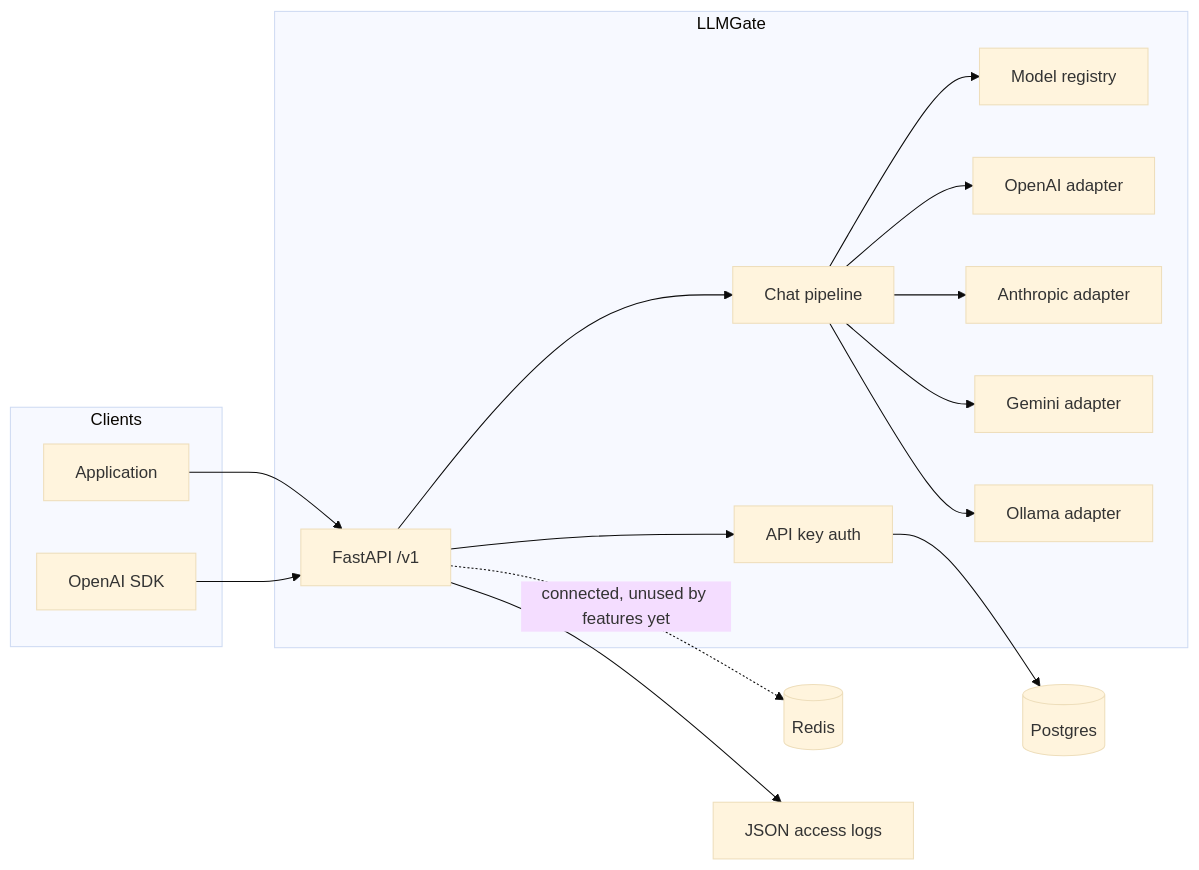
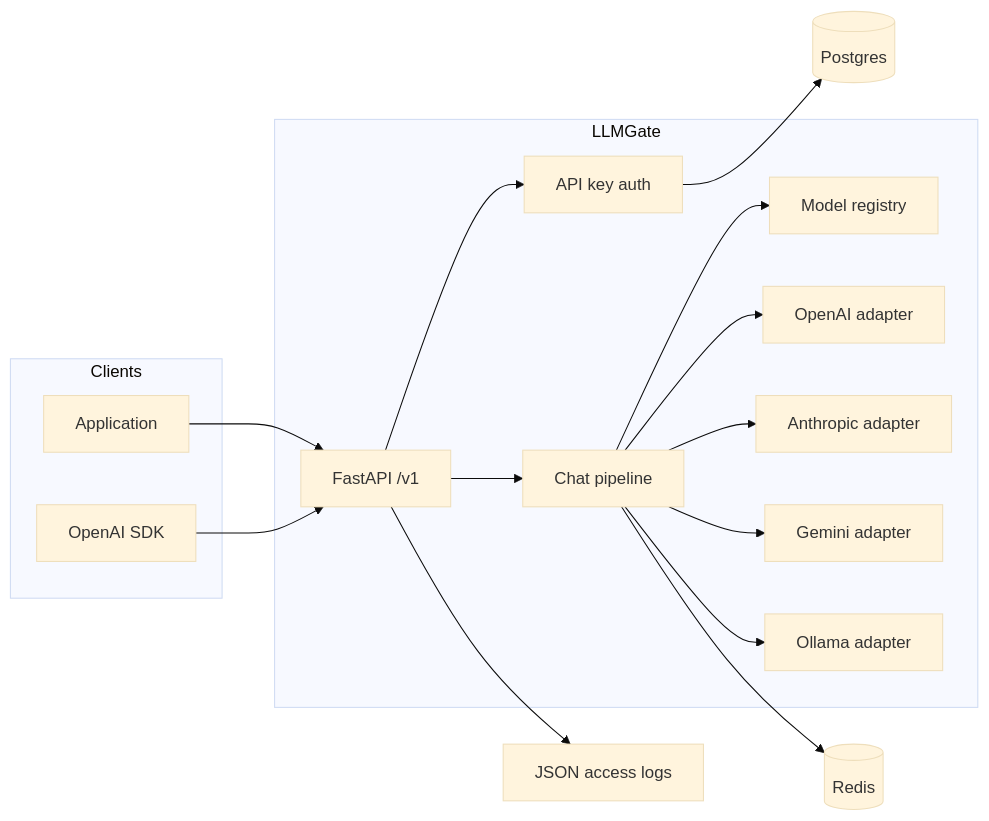
Before and after one commit to Karuturinoushikajay/llmgate: the diagram in README.md, drawn with Mermaid (base theme). The commit also changed other lines of this file and 18 other files, not shown here.

````diff
--- a/README.md
+++ b/README.md
@@ -7,35 +7,35 @@
 ```mermaid
 flowchart LR
   subgraph clients [Clients]
     App[Application]
     SDK[OpenAI SDK]
   end
 
   subgraph gateway [LLMGate]
     API[FastAPI /v1]
     Auth[API key auth]
     Pipe[Chat pipeline]
     Reg[Model registry]
     OAI[OpenAI adapter]
     Anth[Anthropic adapter]
     Gem[Gemini adapter]
     Oll[Ollama adapter]
   end
 
   DB[(Postgres)]
   Redis[(Redis)]
   Logs[JSON access logs]
 
   App --> API
   SDK --> API
   API --> Auth
   Auth --> DB
   API --> Pipe
   Pipe --> Reg
   Pipe --> OAI
   Pipe --> Anth
   Pipe --> Gem
   Pipe --> Oll
   API --> Logs
-  API -. connected, unused by features yet .-> Redis
+  Pipe --> Redis
 ```
````
